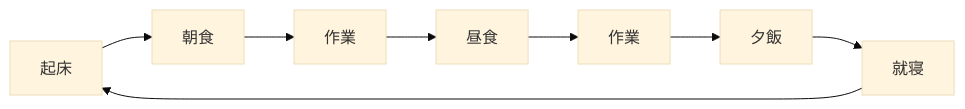
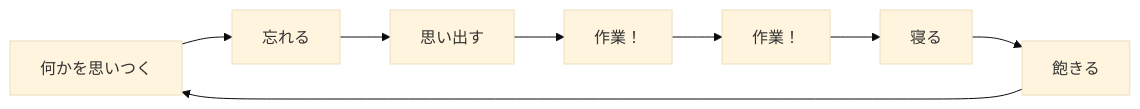
The diagram in README.md (256-daisuki/256-daisuki), drawn with Mermaid (base theme) before and after one commit.

````diff
--- a/README.md
+++ b/README.md
@@ -27,10 +27,10 @@
 ```mermaid
 graph LR
-  A[起床] --> B[朝食]
-  B --> C[作業]
-  C --> D[昼食]
-  D --> E[作業]
-  E --> F[夕飯]
-  F --> G[就寝]
+  A[何かを思いつく] --> B[忘れる]
+  B --> C[思い出す]
+  C --> D[作業！]
+  D --> E[作業！]
+  E --> F[寝る]
+  F --> G[飽きる]
   G --> A
 ```
````
